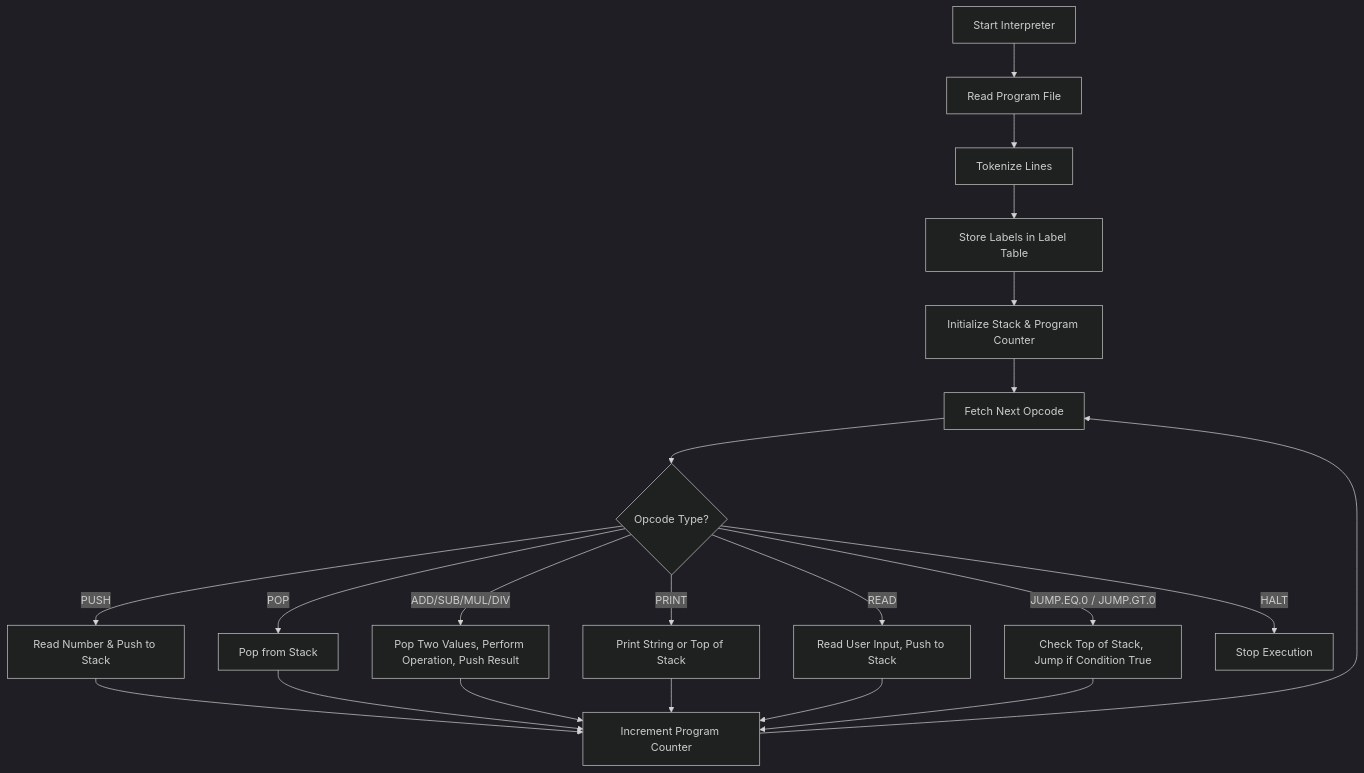
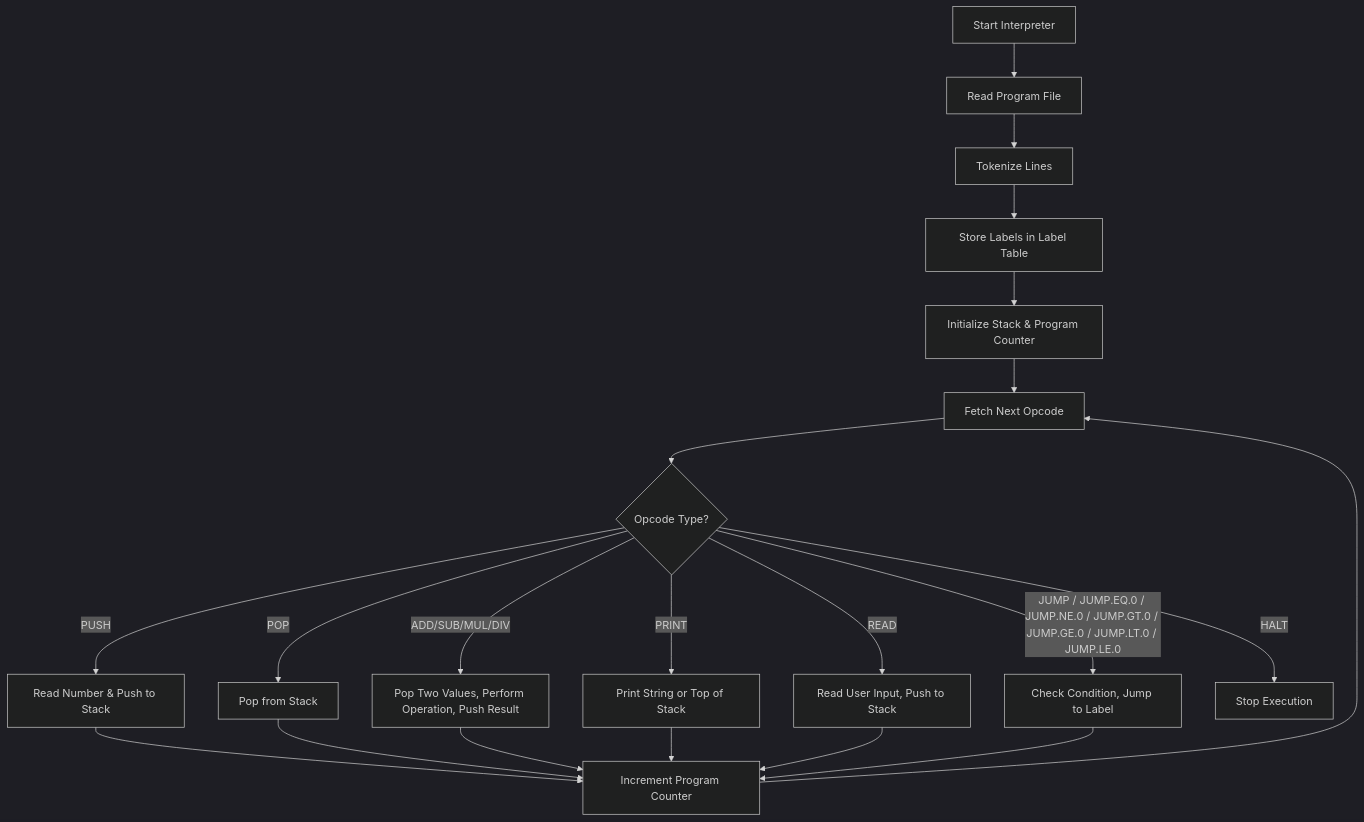
Before and after one commit to D-Heger/mop-lang: the diagram in README.md, drawn with Mermaid (dark theme). The commit also changed other lines of this file and 16 other files, not shown here.

````diff
--- a/README.md
+++ b/README.md
@@ -92,25 +92,25 @@
 ```mermaid
 flowchart TD
     A[Start Interpreter] --> B[Read Program File]
     B --> C[Tokenize Lines]
     C --> D[Store Labels in Label Table]
     D --> E[Initialize Stack & Program Counter]
     E --> F[Fetch Next Opcode]
     F --> G{Opcode Type?}
 
     G -->|PUSH| H[Read Number & Push to Stack]
     G -->|POP| I[Pop from Stack]
     G -->|ADD/SUB/MUL/DIV| J[Pop Two Values, Perform Operation, Push Result]
     G -->|PRINT| K[Print String or Top of Stack]
     G -->|READ| L[Read User Input, Push to Stack]
-    G -->|JUMP.EQ.0 / JUMP.GT.0| M[Check Top of Stack, Jump if Condition True]
+    G -->|JUMP / JUMP.EQ.0 / JUMP.NE.0 / JUMP.GT.0 / JUMP.GE.0 / JUMP.LT.0 / JUMP.LE.0| M[Check Condition, Jump to Label]
     G -->|HALT| Z[Stop Execution]
 
     H --> N[Increment Program Counter]
     I --> N
     J --> N
     K --> N
     L --> N
     M --> N
     N --> F
 ```
````
